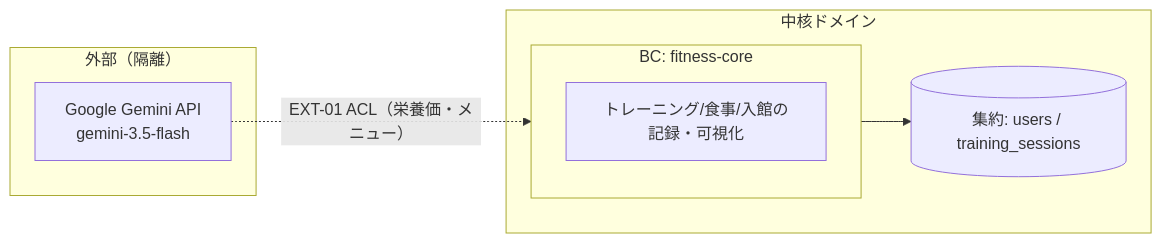
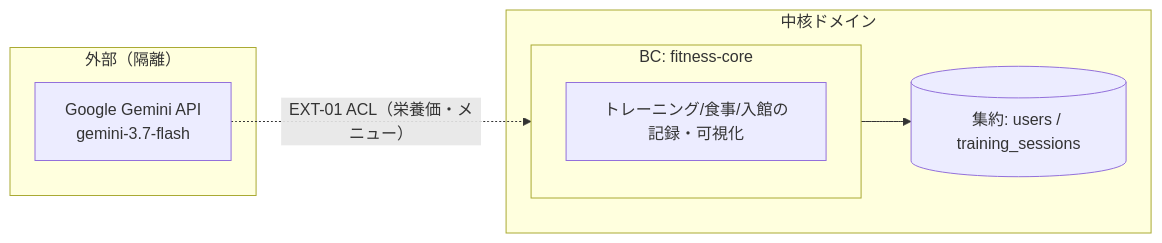
The second of 2 diagrams in docs/02_設計/30_データ・IF設計/01_データモデル.md (k-okada51/okada-fit), drawn with Mermaid before and after one commit. The commit also changed 13 other files, not shown here.

First line of the commit message:
設計: 既定モデルを gemini-3.7-flash へ（ADR-0025）、解析プロンプトを確定（ADR-0026）

````diff
--- a/docs/02_設計/30_データ・IF設計/01_データモデル.md
+++ b/docs/02_設計/30_データ・IF設計/01_データモデル.md
@@ -87,15 +87,15 @@
 ```mermaid
 flowchart LR
   subgraph EXT[外部（隔離）]
-    X[Google Gemini API<br/>gemini-3.5-flash]
+    X[Google Gemini API<br/>gemini-3.7-flash]
   end
   subgraph CORE[中核ドメイン]
     subgraph BC1[BC: fitness-core]
       A[トレーニング/食事/入館の記録・可視化]
     end
     AGG[(集約: users / training_sessions)]
   end
 
   X -. EXT-01 ACL（栄養価・メニュー） .-> BC1
   BC1 --> AGG
 ```
````
